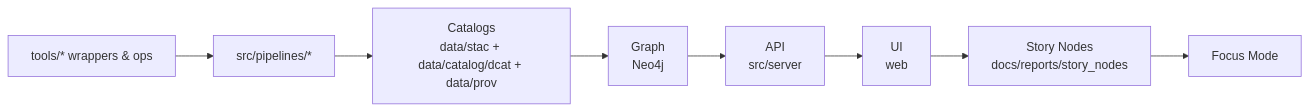
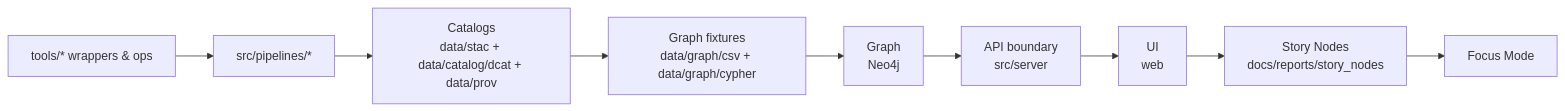
One commit to bartytime4life/Kansas-Frontier-Matrix changed the diagram in tools/README.md. Above: the diagram before and after it, drawn with Mermaid. The commit also changed other lines of this file, not shown here.

```diff
--- a/tools/README.md
+++ b/tools/README.md
@@ -123,10 +146,11 @@
 ~~~mermaid
 flowchart LR
   T[tools/* wrappers & ops] --> P[src/pipelines/*]
   P --> C[Catalogs<br/>data/stac + data/catalog/dcat + data/prov]
-  C --> G[Graph<br/>Neo4j]
-  G --> A[API<br/>src/server]
+  C --> X[Graph fixtures<br/>data/graph/csv + data/graph/cypher]
+  X --> G[Graph<br/>Neo4j]
+  G --> A[API boundary<br/>src/server]
   A --> U[UI<br/>web]
   U --> S[Story Nodes<br/>docs/reports/story_nodes]
   S --> F[Focus Mode]
 ~~~
```
